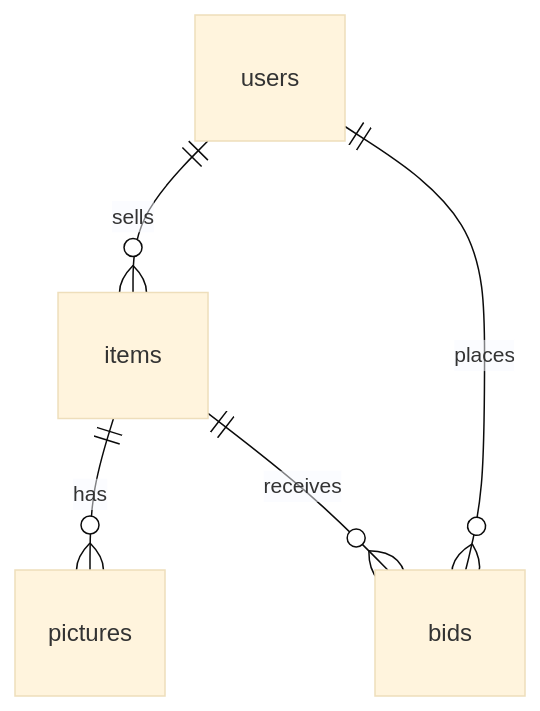
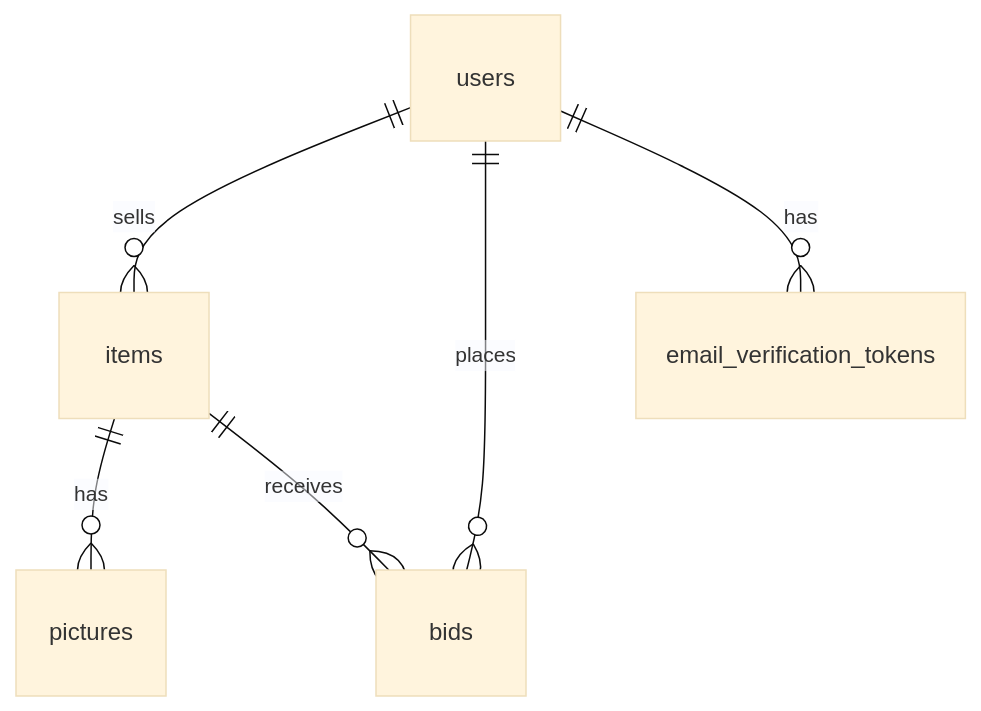
The diagram in docs/db/schema.md (freebies-warrior/artium), drawn with Mermaid (base theme) before and after one commit. The commit also changed other lines of this file and 5 other files, not shown here.

Commit message:
Add indexes to the tables sql and update schema.md

````diff
--- a/docs/db/schema.md
+++ b/docs/db/schema.md
@@ -39,7 +40,8 @@
 ```mermaid
 erDiagram
   users ||--o{ items : sells
   items ||--o{ pictures : has
   users ||--o{ bids : places
   items ||--o{ bids : receives
+  users ||--o{ email_verification_tokens : has
 ```
````
